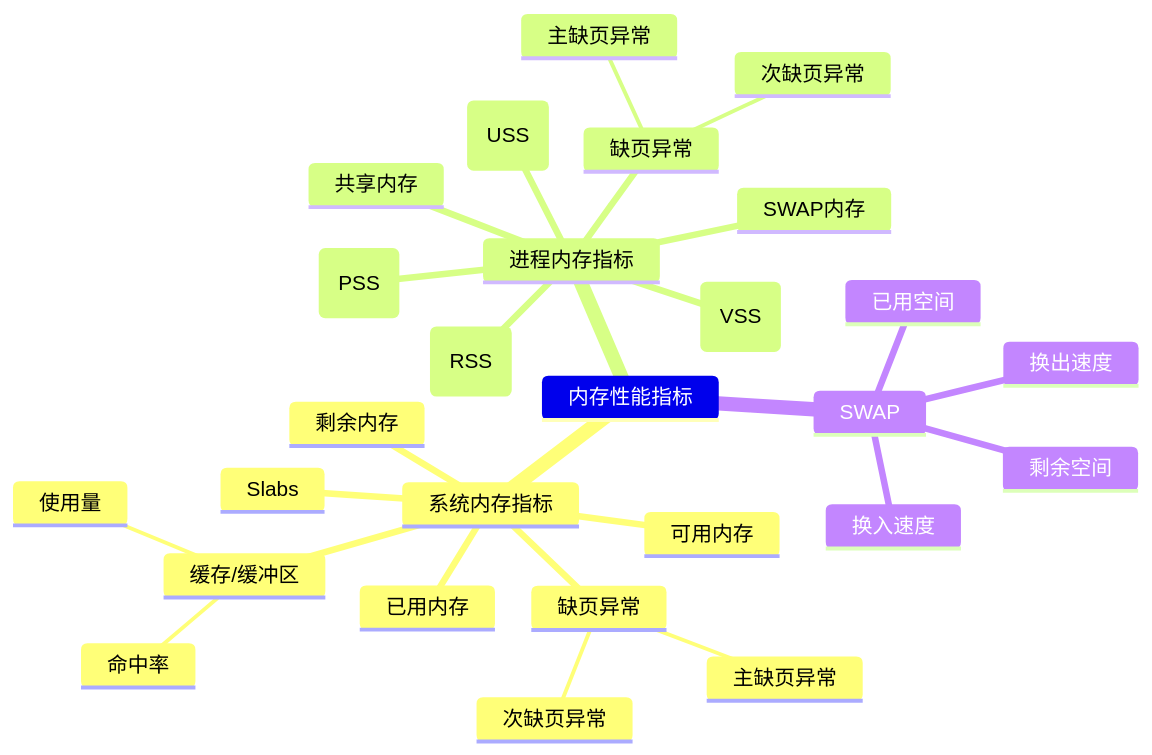
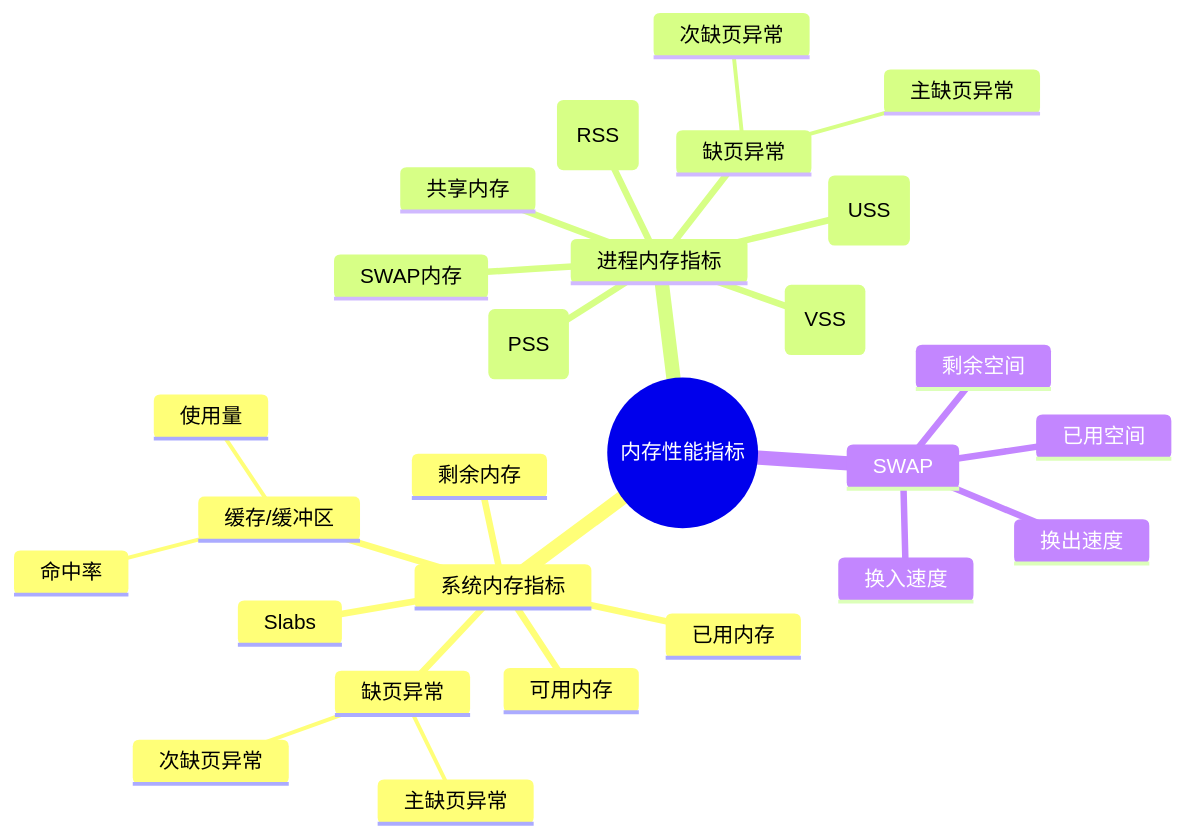
One commit to 0xcaffebabe/note changed the first of 3 diagrams in doc/操作系统/linux/Linux性能优化.md. Above: the diagram before and after it, drawn with Mermaid. The commit also changed other lines of this file and 12 other files, not shown here.

First line of the commit message:
docs(mindmap): 统一思维导图根节点格式

````diff
--- a/doc/操作系统/linux/Linux性能优化.md
+++ b/doc/操作系统/linux/Linux性能优化.md
@@ -112,30 +112,30 @@
 ```mermaid
 mindmap
-  内存性能指标
+  root((内存性能指标))
     系统内存指标
       已用内存
       剩余内存
       可用内存
       缺页异常
         主缺页异常
         次缺页异常
       缓存/缓冲区
         使用量
         命中率
       Slabs
     进程内存指标
       虚拟内存(VSS)
       常驻内存(RSS)
       按比例分配共享内存后的物理内存(PSS)
       独占内存(USS)
       共享内存
       SWAP内存
       缺页异常
         主缺页异常
         次缺页异常
     SWAP
       已用空间
       剩余空间
       换入速度
       换出速度
 ```
````
